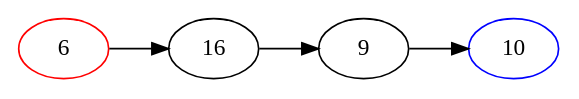
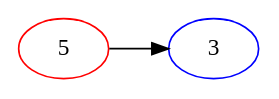
The diagram in queque/queque.dot (SergioMenaQuispe/visualizador), drawn with Graphviz before and after one commit. The commit also changed 2 other files, not shown here.

```diff
--- a/queque/queque.dot
+++ b/queque/queque.dot
@@ -1,7 +1,5 @@
 digraph g{ 
-	rankdir="LR"	6 [color=red]
-	6 -> 16
-	16 -> 9
-	10 [color=blue]
-	9 -> 10
+	rankdir="LR"	5 [color=red]
+	3 [color=blue]
+	5 -> 3
 }
```
